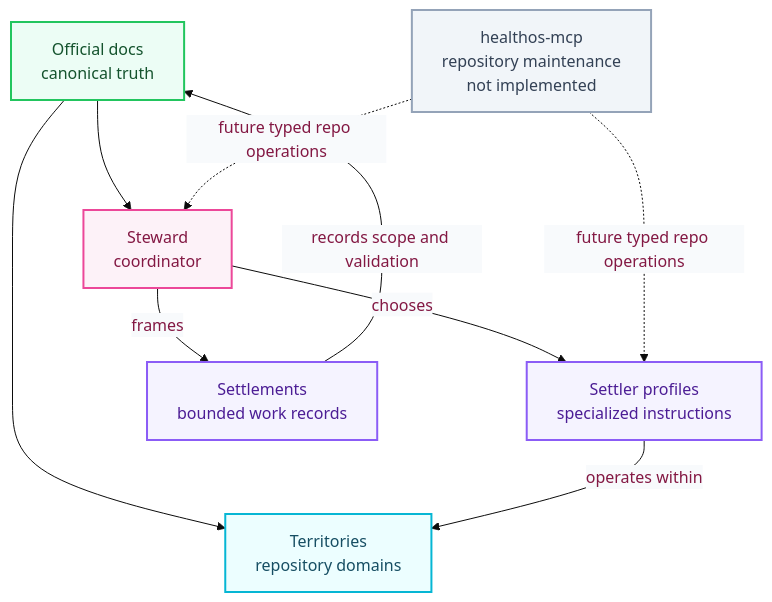
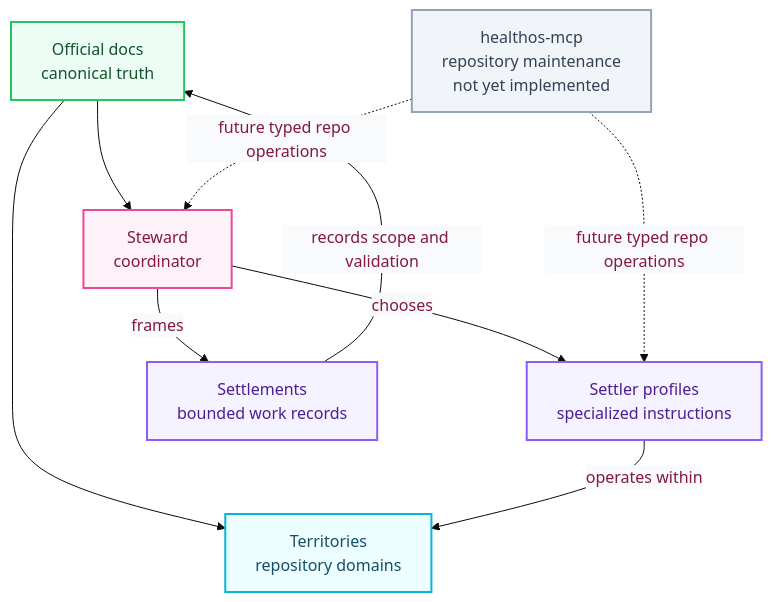
The ninth of 10 diagrams in README.md (myselfgus/HealthOScaffold), drawn with Mermaid before and after one commit. The commit also changed other lines of this file and 4 other files, not shown here.

First line of the commit message:
docs: audit and restructure documentation with Liquid Glass UI architecture

````diff
--- a/README.md
+++ b/README.md
@@ -397,25 +559,23 @@
 ```mermaid
 %%{init: {'theme': 'base', 'themeVariables': {'primaryColor': '#fdf2f8', 'primaryBorderColor': '#f9a8d4', 'primaryTextColor': '#831843', 'clusterBkg': '#ffffff', 'clusterBorder': '#e5e7eb', 'titleColor': '#0f172a', 'edgeLabelBackground': '#f8fafc', 'fontFamily': 'ui-sans-serif, system-ui, -apple-system'}}}%%
 flowchart TD
-    classDef steward fill:#fdf2f8,stroke:#ec4899,stroke-width:2px,color:#831843
-    classDef settler fill:#f5f3ff,stroke:#8b5cf6,stroke-width:2px,color:#4c1d95
+    classDef steward   fill:#fdf2f8,stroke:#ec4899,stroke-width:2px,color:#831843
+    classDef settler   fill:#f5f3ff,stroke:#8b5cf6,stroke-width:2px,color:#4c1d95
     classDef territory fill:#ecfeff,stroke:#06b6d4,stroke-width:2px,color:#164e63
-    classDef docs fill:#ecfdf5,stroke:#22c55e,stroke-width:2px,color:#14532d
-    classDef boundary fill:#f1f5f9,stroke:#94a3b8,stroke-width:2px,color:#334155
+    classDef docs      fill:#ecfdf5,stroke:#22c55e,stroke-width:2px,color:#14532d
+    classDef boundary  fill:#f1f5f9,stroke:#94a3b8,stroke-width:2px,color:#334155
 
     DOCS[Official docs\ncanonical truth]:::docs
     STEW[Steward\ncoordinator]:::steward
     SETT[Settler profiles\nspecialized instructions]:::settler
     WORK[Settlements\nbounded work records]:::settler
     TERR[Territories\nrepository domains]:::territory
-    MCP[healthos-mcp\nrepository maintenance\nnot implemented]:::boundary
+    MCP[healthos-mcp\nrepository maintenance\nnot yet implemented]:::boundary
 
-    DOCS --> STEW
-    DOCS --> TERR
+    DOCS --> STEW & TERR
     STEW -->|frames| WORK
     STEW -->|chooses| SETT
     SETT -->|operates within| TERR
     WORK -->|records scope and validation| DOCS
-    MCP -. future typed repo operations .-> STEW
-    MCP -. future typed repo operations .-> SETT
+    MCP -. future typed repo operations .-> STEW & SETT
 ```
````
